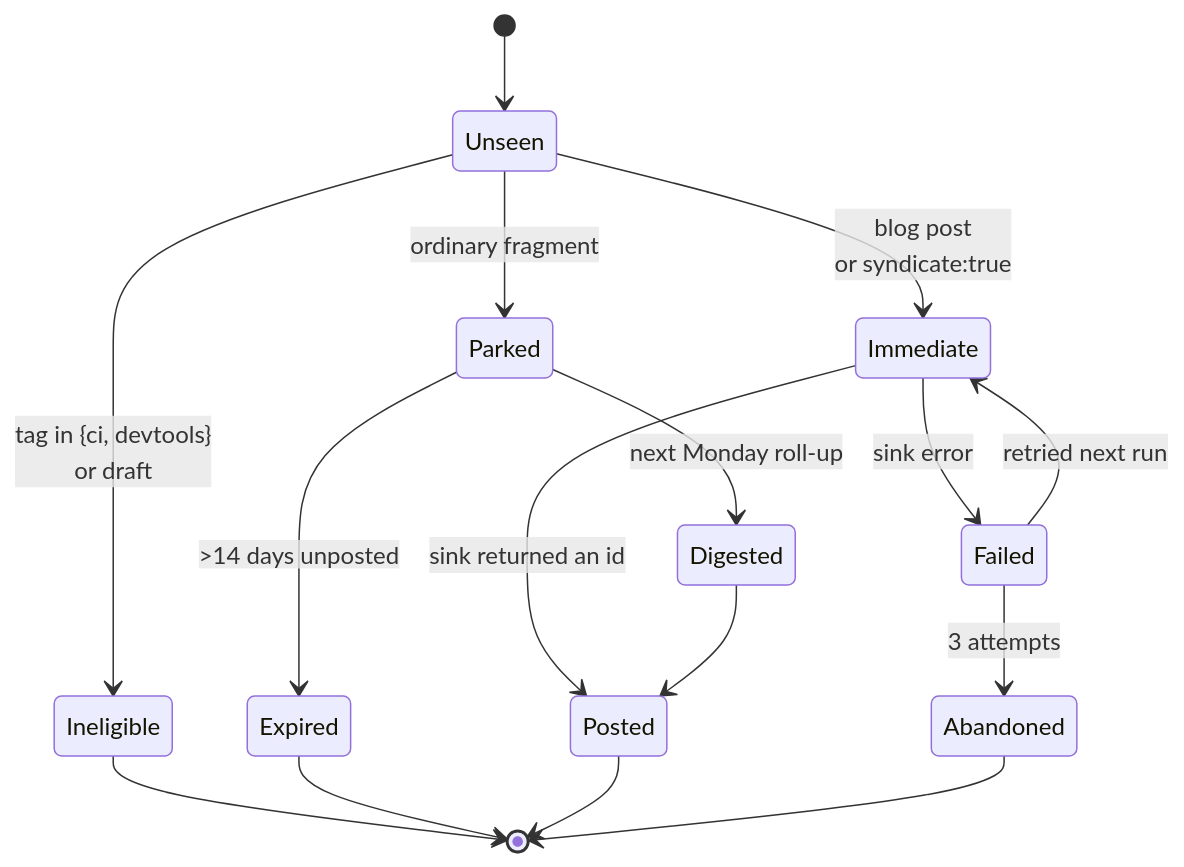
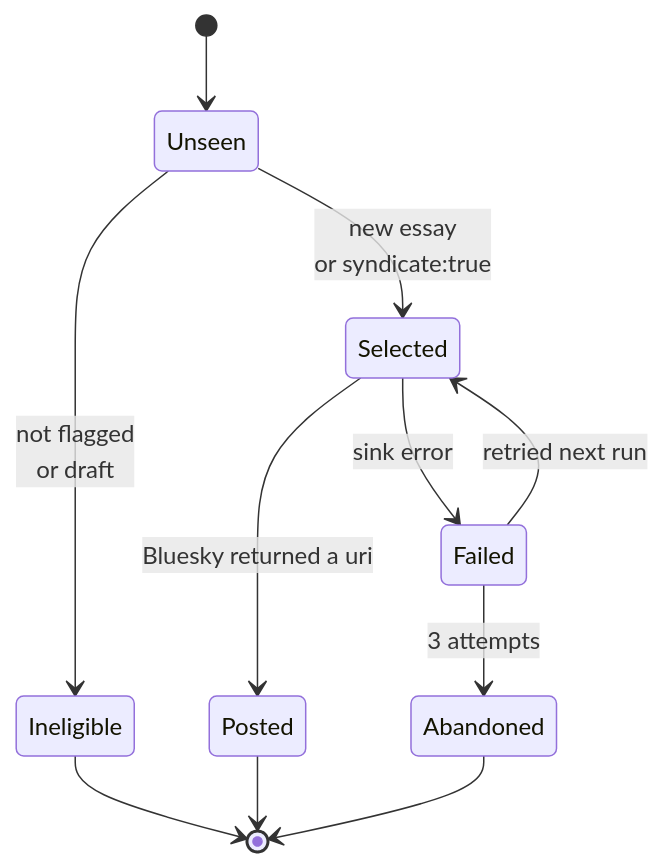
Before and after one commit to crs48/xNet: the fourth of 4 diagrams in docs/explorations/0432_[-]_POSSE_SYNDICATION_TO_X_AND_BLUESKY.md, drawn with Mermaid. The commit also changed other lines of this file, not shown here.

First line of the commit message:
docs(exploration): narrow 0432 to Bluesky-only, no paid API

````diff
--- a/docs/explorations/0432_[-]_POSSE_SYNDICATION_TO_X_AND_BLUESKY.md
+++ b/docs/explorations/0432_[-]_POSSE_SYNDICATION_TO_X_AND_BLUESKY.md
@@ -549,18 +337,13 @@
 ```mermaid
 stateDiagram-v2
     [*] --> Unseen
-    Unseen --> Ineligible: tag in {ci, devtools}<br/>or draft
-    Unseen --> Immediate: blog post<br/>or syndicate:true
-    Unseen --> Parked: ordinary fragment
-    Parked --> Digested: next Monday roll-up
-    Parked --> Expired: >14 days unposted
-    Immediate --> Posted: sink returned an id
-    Digested --> Posted
-    Immediate --> Failed: sink error
-    Failed --> Immediate: retried next run
+    Unseen --> Ineligible: not flagged<br/>or draft
+    Unseen --> Selected: new essay<br/>or syndicate:true
+    Selected --> Posted: Bluesky returned a uri
+    Selected --> Failed: sink error
+    Failed --> Selected: retried next run
     Failed --> Abandoned: 3 attempts
     Ineligible --> [*]
-    Expired --> [*]
     Posted --> [*]
     Abandoned --> [*]
 ```
````
